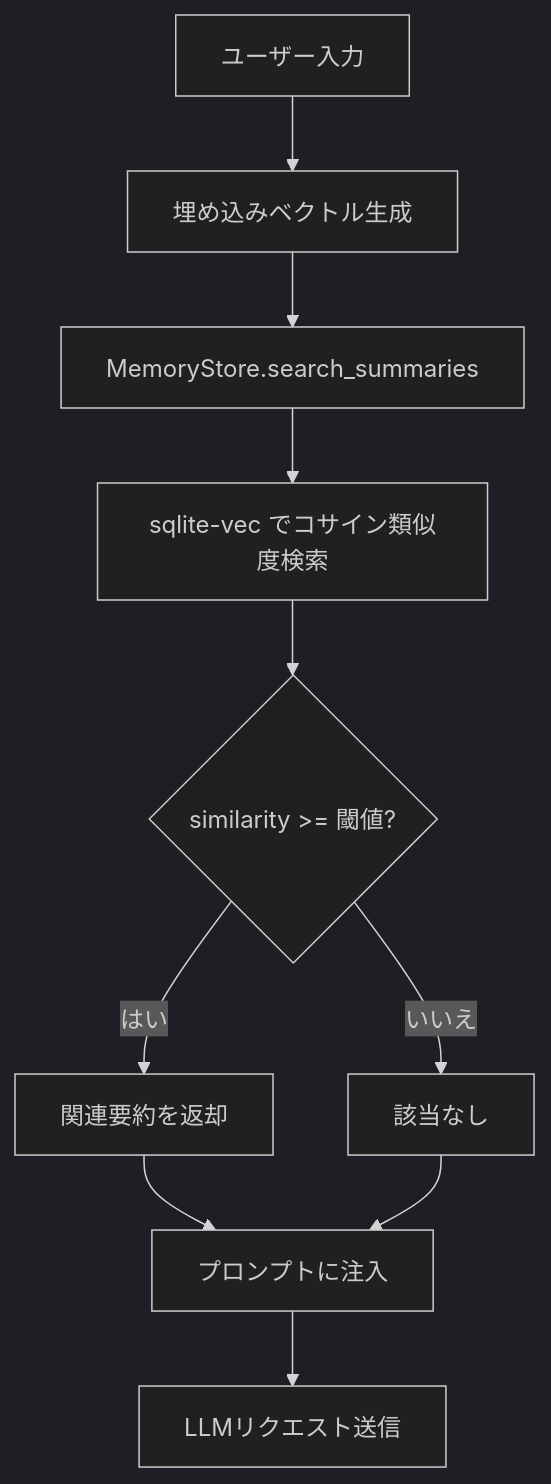
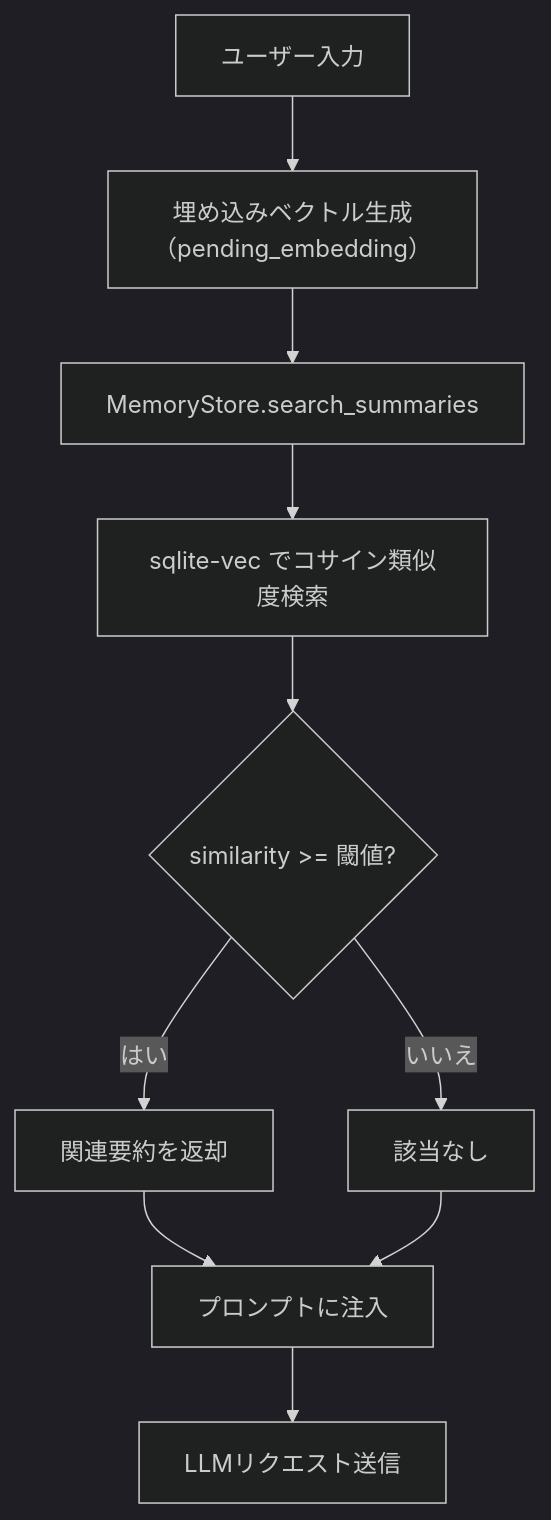
Before and after one commit to pexisgle/ene: the sixth of 13 diagrams in docs/ai-core-flow.md, drawn with Mermaid (dark theme). The commit also changed other lines of this file and 29 other files, not shown here.

````diff
--- a/docs/ai-core-flow.md
+++ b/docs/ai-core-flow.md
@@ -258,12 +290,12 @@
 ```mermaid
 flowchart TD
-    A[ユーザー入力] --> B[埋め込みベクトル生成]
+    A[ユーザー入力] --> B[埋め込みベクトル生成<br/>（pending_embedding）]
     B --> C[MemoryStore.search_summaries]
     C --> D[sqlite-vec でコサイン類似度検索]
     D --> E{similarity >= 閾値?}
     E -->|はい| F[関連要約を返却]
     E -->|いいえ| G[該当なし]
     F --> H[プロンプトに注入]
     G --> H
     H --> I[LLMリクエスト送信]
 ```
````
